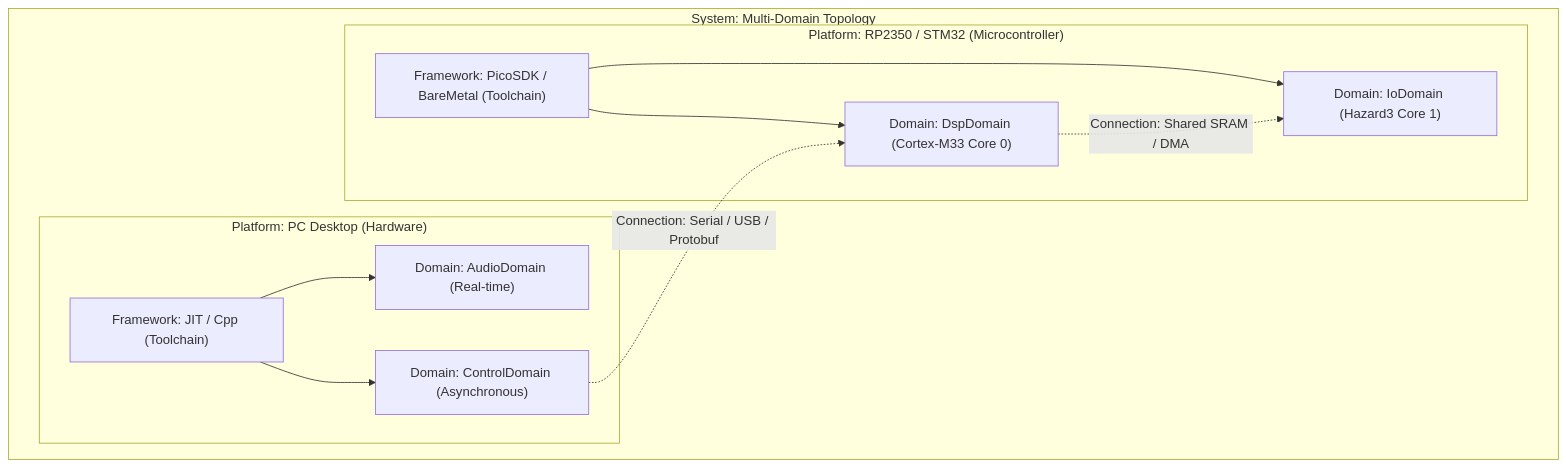
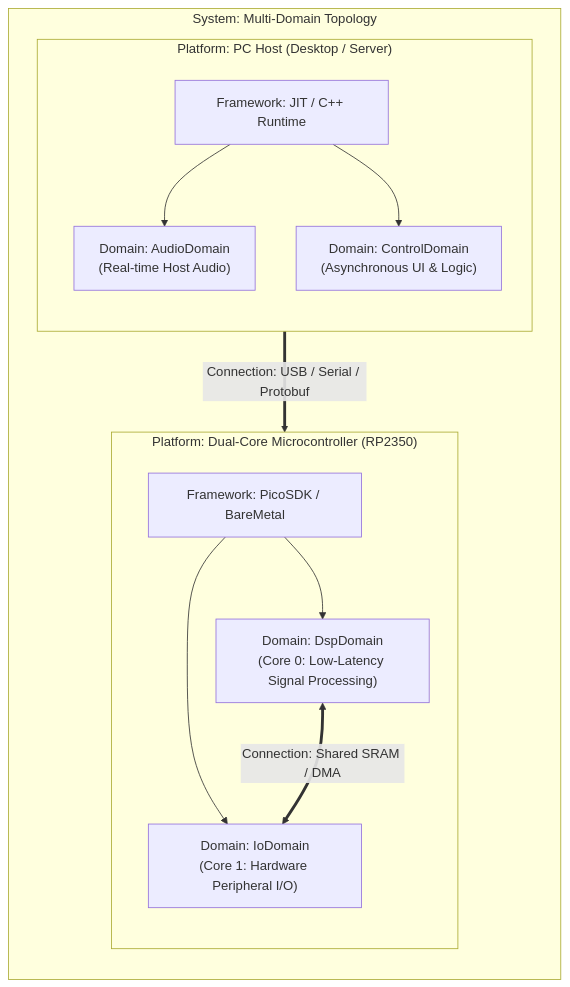
One commit to StrideLang/stridedoc changed the diagram in docs/learn/systems-and-domains.md. Above: the diagram before and after it, drawn with Mermaid.

Commit message:
Restructure architecture Mermaid diagram to flow vertically from Host to MCU

````diff
--- a/docs/learn/systems-and-domains.md
+++ b/docs/learn/systems-and-domains.md
@@ -5,19 +5,29 @@
 ```mermaid
 flowchart TD
     subgraph System["System: Multi-Domain Topology"]
-        subgraph PlatformHost["Platform: PC Desktop (Hardware)"]
-            FrameworkJIT["Framework: JIT / Cpp (Toolchain)"]
-            FrameworkJIT --> DomAudio["Domain: AudioDomain (Real-time)"]
-            FrameworkJIT --> DomControl["Domain: ControlDomain (Asynchronous)"]
+        direction TB
+
+        subgraph Host["Platform: PC Host (Desktop / Server)"]
+            direction TB
+            FrameworkHost["Framework: JIT / C++ Runtime"]
+            DomAudio["Domain: AudioDomain<br/>(Real-time Host Audio)"]
+            DomControl["Domain: ControlDomain<br/>(Asynchronous UI & Logic)"]
+
+            FrameworkHost --> DomAudio
+            FrameworkHost --> DomControl
         end
 
-        subgraph PlatformMCU["Platform: RP2350 / STM32 (Microcontroller)"]
-            FrameworkMCU["Framework: PicoSDK / BareMetal (Toolchain)"]
-            FrameworkMCU --> DomDSP["Domain: DspDomain (Cortex-M33 Core 0)"]
-            FrameworkMCU --> DomIO["Domain: IoDomain (Hazard3 Core 1)"]
+        subgraph MCU["Platform: Dual-Core Microcontroller (RP2350)"]
+            direction TB
+            FrameworkMCU["Framework: PicoSDK / BareMetal"]
+            DomDSP["Domain: DspDomain<br/>(Core 0: Low-Latency Signal Processing)"]
+            DomIO["Domain: IoDomain<br/>(Core 1: Hardware Peripheral I/O)"]
+
+            FrameworkMCU --> DomDSP
+            FrameworkMCU --> DomIO
+            DomDSP <==>|Connection: Shared SRAM / DMA| DomIO
         end
 
-        DomControl -.->|Connection: Serial / USB / Protobuf| DomDSP
-        DomDSP -.->|Connection: Shared SRAM / DMA| DomIO
+        DomControl ==>|Connection: USB / Serial / Protobuf| FrameworkMCU
     end
 ```
````
